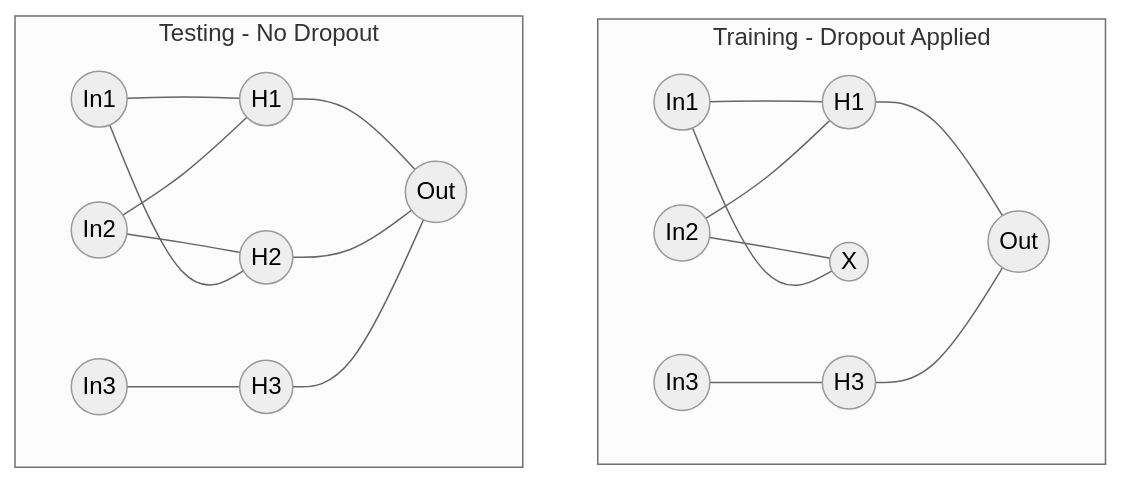
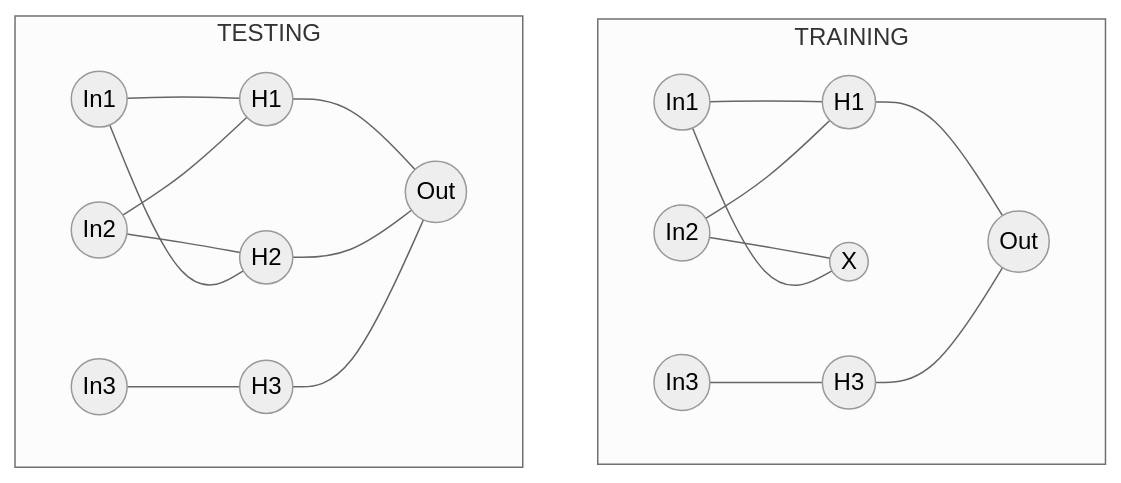
The eighth of 8 diagrams in bab-08-neural-network.md (antonprafanto/dasarAI2026), drawn with Mermaid (neutral theme) before and after one commit. The commit also changed other lines of this file, not shown here.

````diff
--- a/bab-08-neural-network.md
+++ b/bab-08-neural-network.md
@@ -524,20 +524,20 @@
 ```mermaid
 graph TD
-    subgraph Training ["Training - Dropout Applied"]
+    subgraph Training ["TRAINING"]
         I1((In1)) --- H1((H1)) --- O1((Out))
         I2((In2)) --- H2((X))
         I3((In3)) --- H3((H3)) --- O1
 
         I1 --- H2
         I2 --- H1
     end
 
-    subgraph Testing ["Testing - No Dropout"]
+    subgraph Testing ["TESTING"]
         TI1((In1)) --- TH1((H1)) --- TO1((Out))
         TI2((In2)) --- TH2((H2)) --- TO1
         TI3((In3)) --- TH3((H3)) --- TO1
 
         TI1 --- TH2
         TI2 --- TH1
     end
 ```
````
